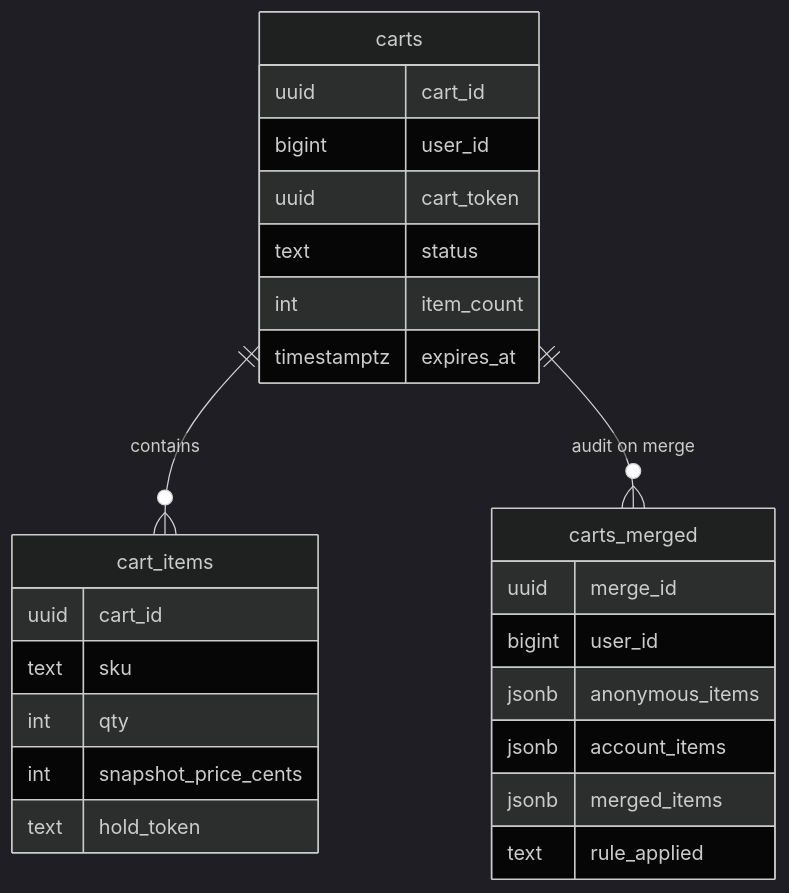
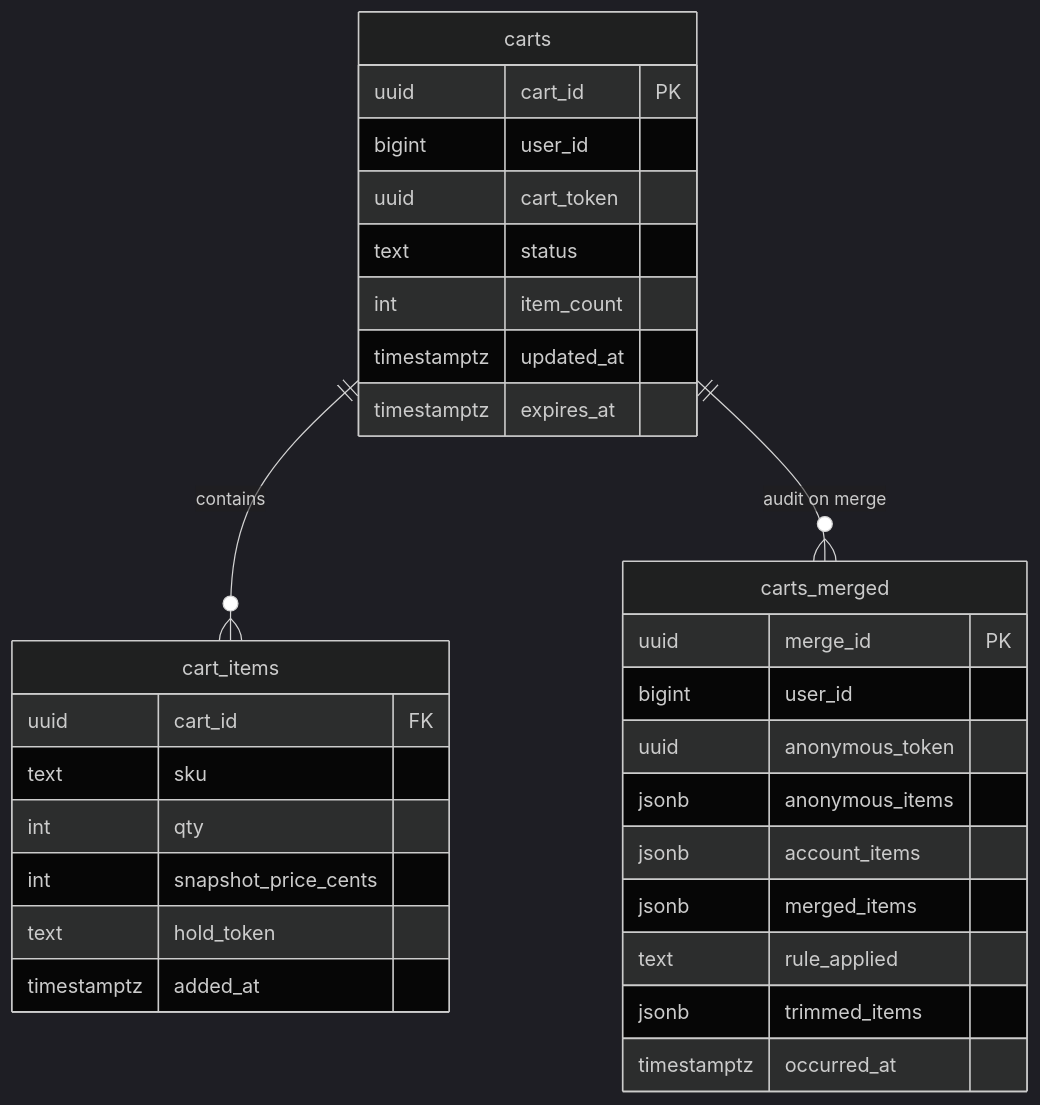
Before and after one commit to shiningflash/system-design: the first of 5 diagrams in problems/012-shopping-cart/solution.md, drawn with Mermaid (dark theme). The commit also changed other lines of this file and 37 other files, not shown here.

````diff
--- a/problems/012-shopping-cart/solution.md
+++ b/problems/012-shopping-cart/solution.md
@@ -77,29 +73,34 @@
 ```mermaid
 erDiagram
     carts ||--o{ cart_items : contains
     carts ||--o{ carts_merged : "audit on merge"
 
     carts {
-        uuid cart_id
+        uuid cart_id PK
         bigint user_id
         uuid cart_token
         text status
         int item_count
+        timestamptz updated_at
         timestamptz expires_at
     }
     cart_items {
-        uuid cart_id
+        uuid cart_id FK
         text sku
         int qty
         int snapshot_price_cents
         text hold_token
+        timestamptz added_at
     }
     carts_merged {
-        uuid merge_id
+        uuid merge_id PK
         bigint user_id
+        uuid anonymous_token
         jsonb anonymous_items
         jsonb account_items
         jsonb merged_items
         text rule_applied
+        jsonb trimmed_items
+        timestamptz occurred_at
     }
 ```
````
